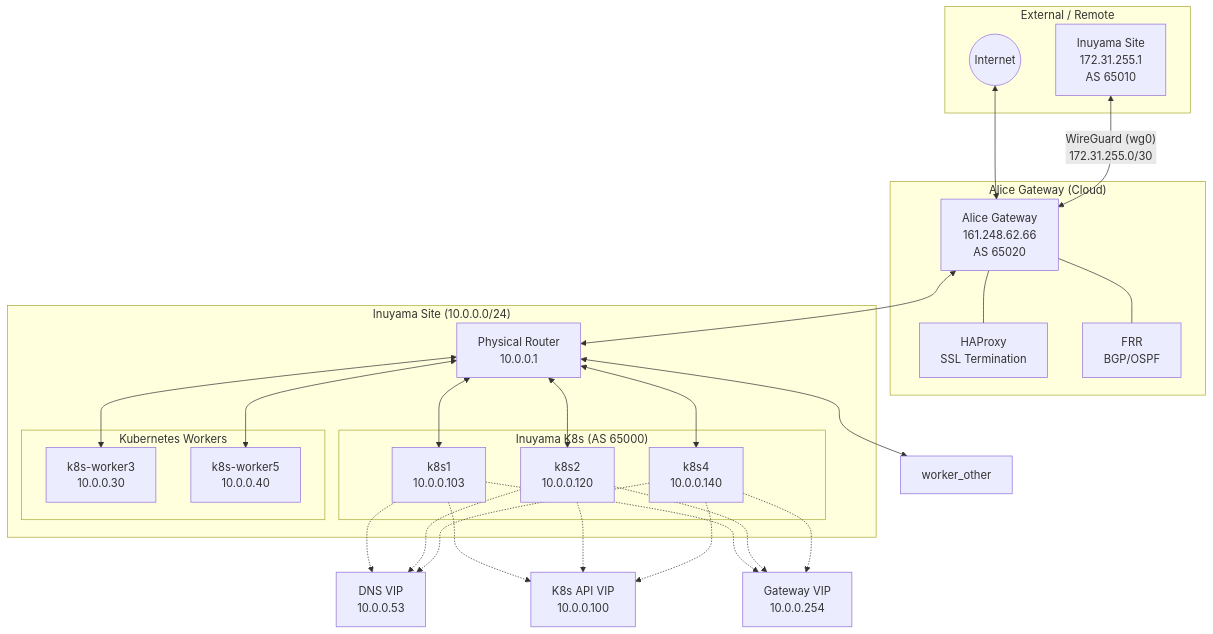
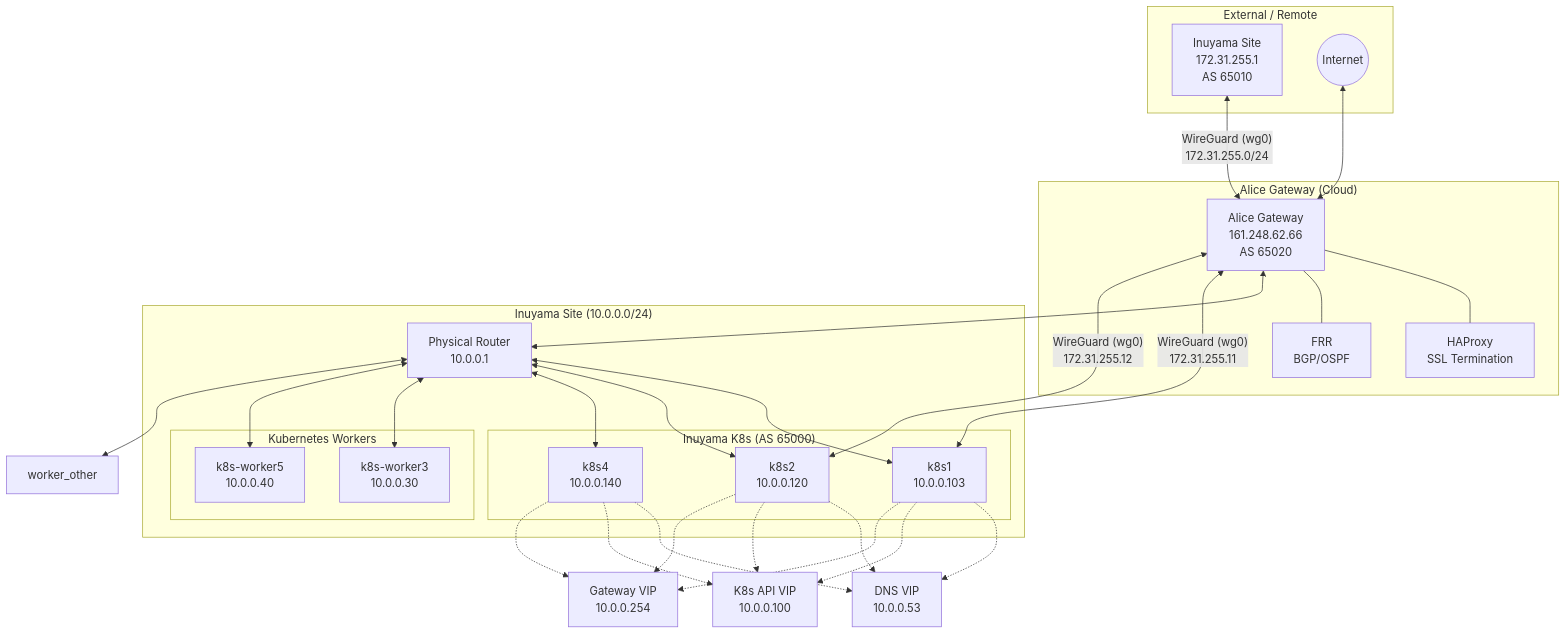
One commit to kigawa-net/infra changed the first of 2 diagrams in docs/network.md. Above: the diagram before and after it, drawn with Mermaid. The commit also changed other lines of this file, not shown here.

First line of the commit message:
docs: network.md を WireGuard k8s1/k8s2 ピア追加に合わせて更新

````diff
--- a/docs/network.md
+++ b/docs/network.md
@@ -70,54 +74,56 @@
 ```mermaid
 graph TB
     subgraph "External / Remote"
         Inuyama[Inuyama Site<br/>172.31.255.1<br/>AS 65010]
         Internet((Internet))
     end
 
     subgraph "Alice Gateway (Cloud)"
         Alice[Alice Gateway<br/>161.248.62.66<br/>AS 65020]
         HAProxy[HAProxy<br/>SSL Termination]
         FRR[FRR<br/>BGP/OSPF]
         Alice --- HAProxy
         Alice --- FRR
     end
 
     subgraph "Inuyama Site (10.0.0.0/24)"
         subgraph "Inuyama K8s (AS 65000)"
             k8s1[k8s1<br/>10.0.0.103]
             k8s2[k8s2<br/>10.0.0.120]
             k8s4[k8s4<br/>10.0.0.140]
         end
 
         subgraph "Kubernetes Workers"
             worker3[k8s-worker3<br/>10.0.0.30]
             worker5[k8s-worker5<br/>10.0.0.40]
         end
 
         Router[Physical Router<br/>10.0.0.1]
     end
 
     %% Connections
     Internet <--> Alice
-    Inuyama <-- "WireGuard (wg0)<br/>172.31.255.0/30" --> Alice
+    Inuyama <-- "WireGuard (wg0)<br/>172.31.255.0/24" --> Alice
+    k8s1 <-- "WireGuard (wg0)<br/>172.31.255.11" --> Alice
+    k8s2 <-- "WireGuard (wg0)<br/>172.31.255.12" --> Alice
     Alice <--> Router
     Router <--> k8s1
     Router <--> k8s2
     Router <--> k8s4
     Router <--> worker3
     Router <--> worker5
     Router <--> worker_other
 
     %% VIPs
     k8s1 -.-> VIP_DNS[DNS VIP<br/>10.0.0.53]
     k8s2 -.-> VIP_DNS
     k8s4 -.-> VIP_DNS
 
     k8s1 -.-> VIP_K8S[K8s API VIP<br/>10.0.0.100]
     k8s2 -.-> VIP_K8S
     k8s4 -.-> VIP_K8S
 
     k8s1 -.-> VIP_GW[Gateway VIP<br/>10.0.0.254]
     k8s2 -.-> VIP_GW
     k8s4 -.-> VIP_GW
 ```
````
